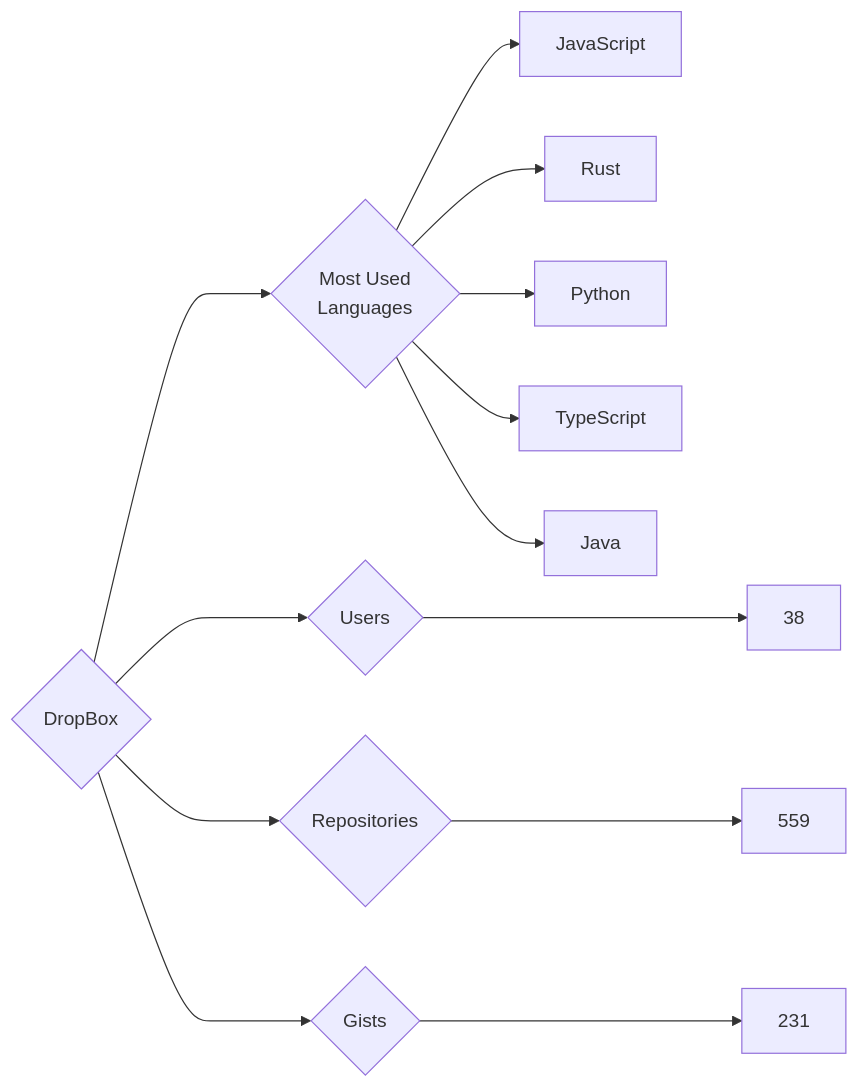
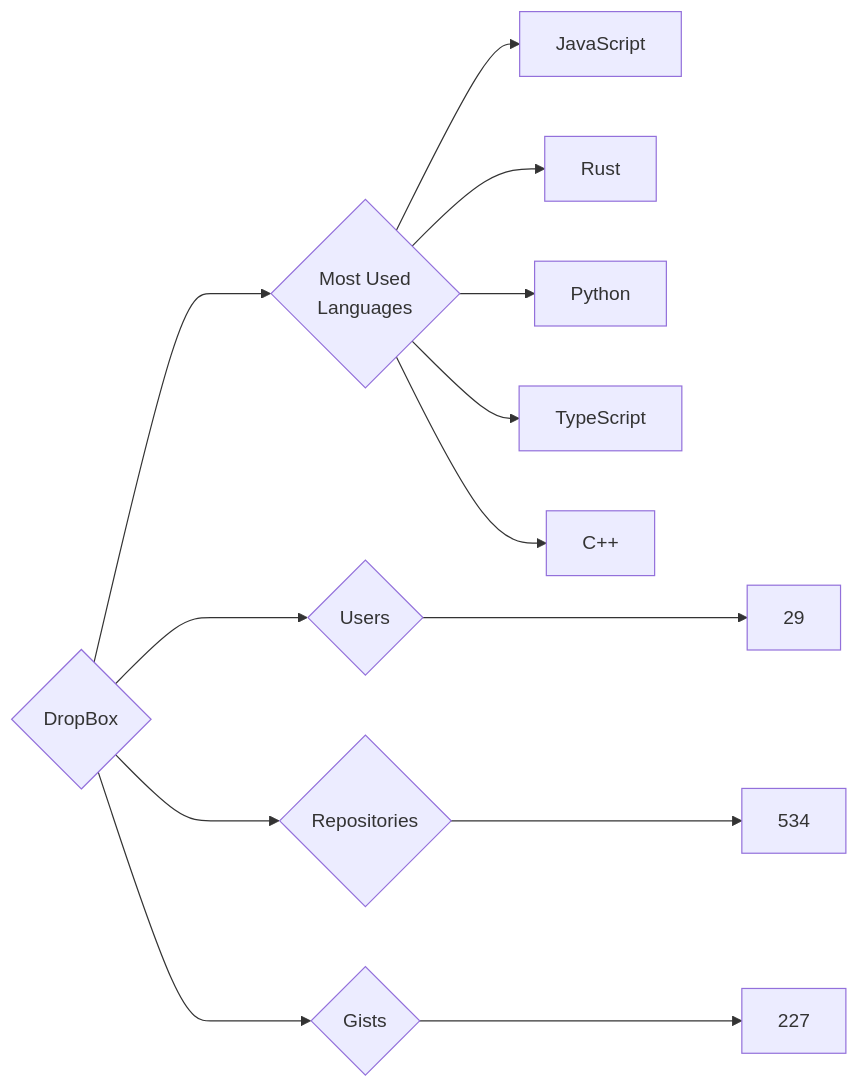
One commit to trickest/insiders changed the diagram in targets/DropBox/README.md. Above: the diagram before and after it, drawn with Mermaid. The commit also changed 823 other files, not shown here.

````diff
--- a/targets/DropBox/README.md
+++ b/targets/DropBox/README.md
@@ -3,13 +3,13 @@
 ```mermaid
 graph LR
 COMPANY_NAME{DropBox}
-COMPANY_NAME ---> U{Users} ---> UN[38]
-COMPANY_NAME ---> R{Repositories} ---> RN[559]
-COMPANY_NAME ---> G{Gists} ---> GN[231]
+COMPANY_NAME ---> U{Users} ---> UN[29]
+COMPANY_NAME ---> R{Repositories} ---> RN[534]
+COMPANY_NAME ---> G{Gists} ---> GN[227]
 COMPANY_NAME ---> ML{Most Used<br>Languages}
 ML --> JavaScript[JavaScript]
 ML --> Rust[Rust]
 ML --> Python[Python]
 ML --> TypeScript[TypeScript]
-ML --> Java[Java]
+ML --> C++[C++]
 ```
````
